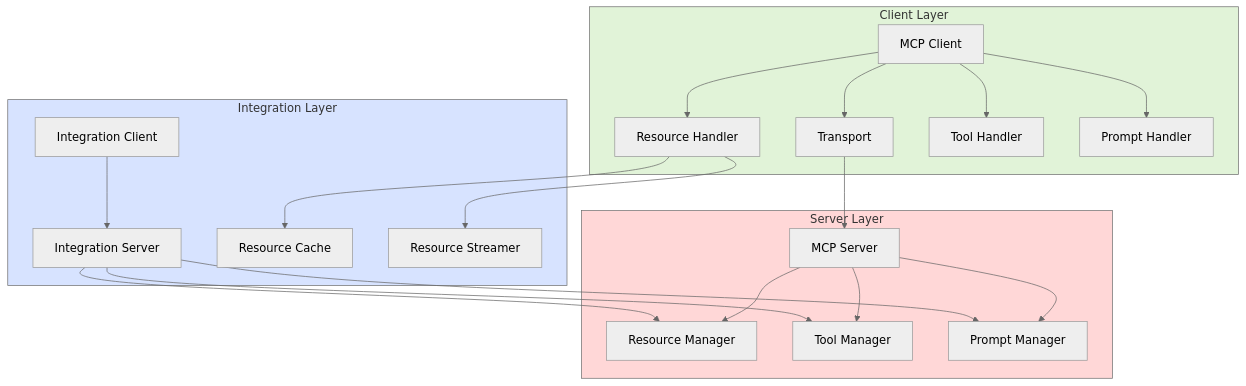
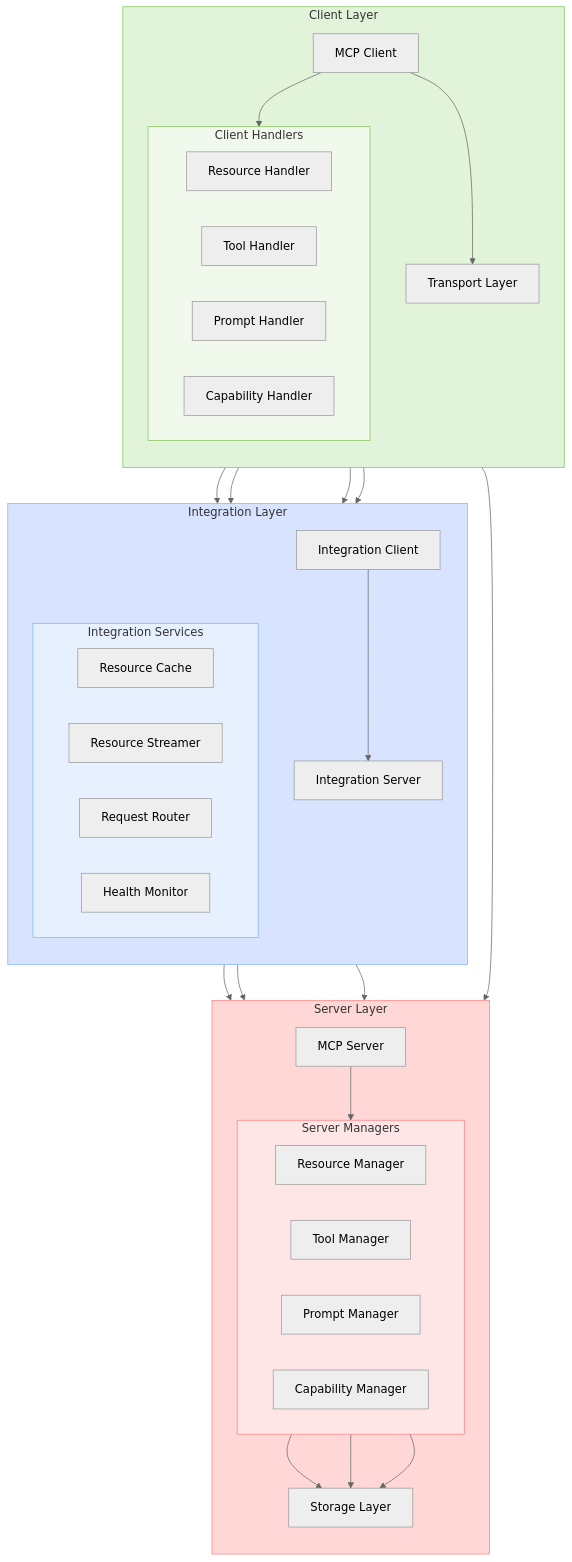
One commit to sparesparrow/cursor-rules changed the first of 6 diagrams in .cursor/rules/diagrams/mcp-architecture.mdc. Above: the diagram before and after it, drawn with Mermaid (neutral theme). The commit also changed other lines of this file and 5 other files, not shown here.

````diff
--- a/.cursor/rules/diagrams/mcp-architecture.mdc
+++ b/.cursor/rules/diagrams/mcp-architecture.mdc
@@ -9,46 +9,67 @@
 ```mermaid
 graph TB
     subgraph Client ["Client Layer"]
+        direction TB
         C[MCP Client]
-        TR[Transport]
-        RH[Resource Handler]
-        TH[Tool Handler]
-        PH[Prompt Handler]
+        subgraph Handlers ["Client Handlers"]
+            direction LR
+            RH[Resource Handler]
+            TH[Tool Handler]
+            PH[Prompt Handler]
+            CH[Capability Handler]
+        end
+        TR[Transport Layer]
     end
 
     subgraph Server ["Server Layer"]
+        direction TB
         S[MCP Server]
-        RM[Resource Manager]
-        TM[Tool Manager]
-        PM[Prompt Manager]
+        subgraph Managers ["Server Managers"]
+            direction LR
+            RM[Resource Manager]
+            TM[Tool Manager]
+            PM[Prompt Manager]
+            CM[Capability Manager]
+        end
+        SL[Storage Layer]
     end
 
     subgraph Integration ["Integration Layer"]
+        direction TB
         IC[Integration Client]
         IS[Integration Server]
-        Cache[Resource Cache]
-        Stream[Resource Streamer]
+        subgraph Services ["Integration Services"]
+            direction LR
+            Cache[Resource Cache]
+            Stream[Resource Streamer]
+            Router[Request Router]
+            Monitor[Health Monitor]
+        end
     end
 
     C --> TR
     TR --> S
-    C --> RH
-    C --> TH
-    C --> PH
     
-    S --> RM
-    S --> TM
-    S --> PM
-    
+    C --> Handlers
     RH --> Cache
     RH --> Stream
+    TH --> Router
+    PH --> Router
+    
+    S --> Managers
+    RM --> SL
+    TM --> SL
+    PM --> SL
     
     IC --> IS
     IS --> RM
     IS --> TM
     IS --> PM
 
-    style Client fill:#e1f3d8
-    style Server fill:#ffd7d7
-    style Integration fill:#d7e3ff
+    style Client fill:#e1f3d8,stroke:#82c458
+    style Server fill:#ffd7d7,stroke:#ff8080
+    style Integration fill:#d7e3ff,stroke:#80b3ff
+    style Handlers fill:#f0f9eb,stroke:#82c458
+    style Managers fill:#ffe6e6,stroke:#ff8080
+    style Services fill:#e6f0ff,stroke:#80b3ff
 ```
````
